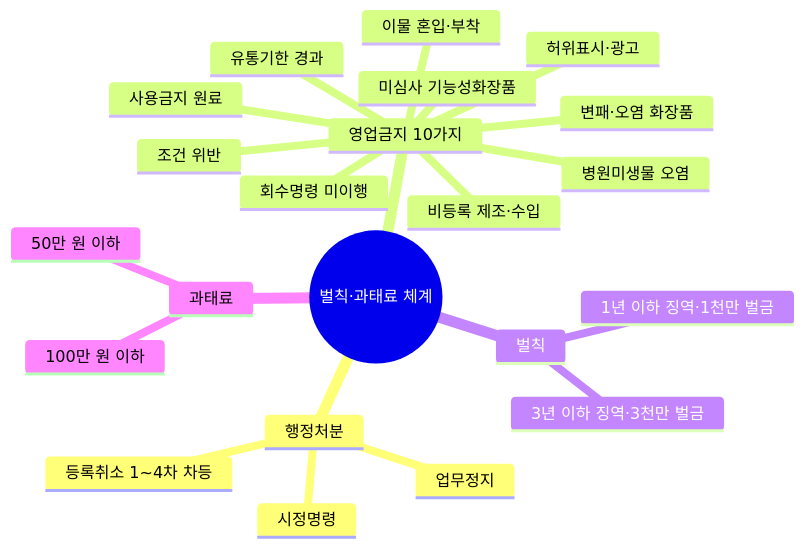
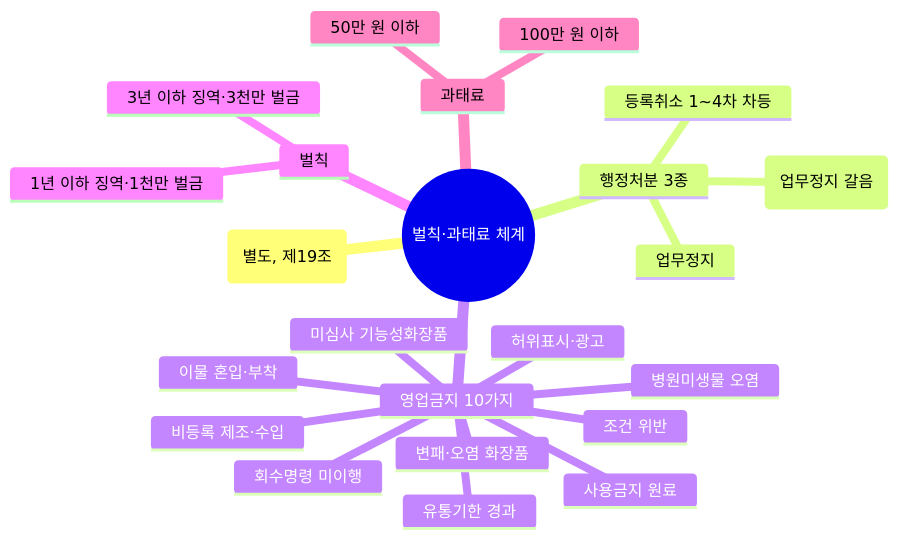
One commit to skygoldlee-cyber/Personalized_Skincare changed the eighth of 10 diagrams in content/교재/law/1과목_화장품법의이해_이야기형.md. Above: the diagram before and after it, drawn with Mermaid. The commit also changed other lines of this file and 15 other files, not shown here.

````diff
--- a/content/교재/law/1과목_화장품법의이해_이야기형.md
+++ b/content/교재/law/1과목_화장품법의이해_이야기형.md
@@ -1026,25 +1029,26 @@
 ```mermaid
 mindmap
  root((벌칙·과태료 체계))
-  행정처분
+  시정명령(별도, 제19조)
+  행정처분 3종
    등록취소 1~4차 차등
    업무정지
-   시정명령
+   과징금(업무정지 갈음)
   영업금지 10가지
    미심사 기능성화장품
    변패·오염 화장품
    병원미생물 오염
    이물 혼입·부착
    사용금지 원료
    유통기한 경과
    허위표시·광고
    비등록 제조·수입
    회수명령 미이행
    조건 위반
   벌칙
    3년 이하 징역·3천만 벌금
    1년 이하 징역·1천만 벌금
   과태료
    100만 원 이하
    50만 원 이하
 ```
````
